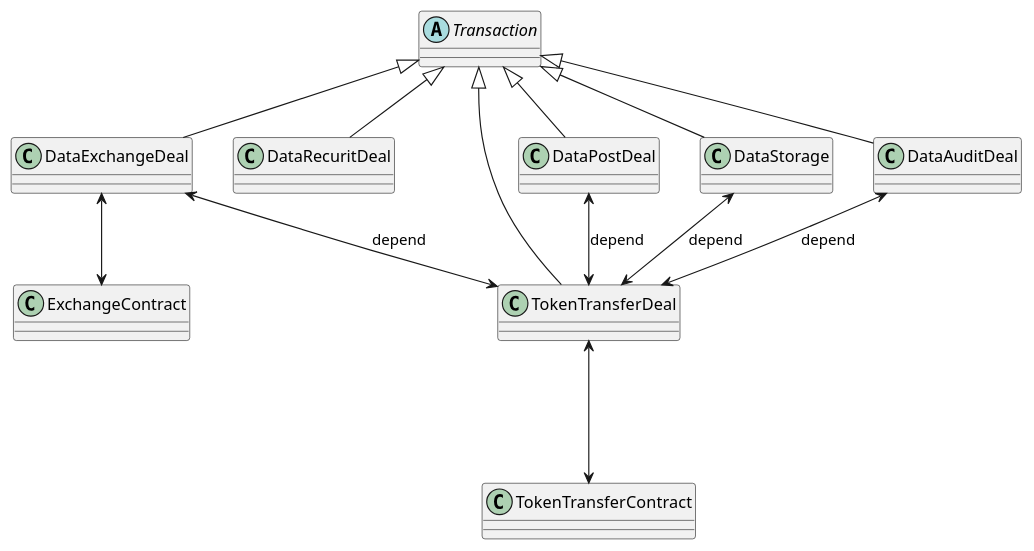
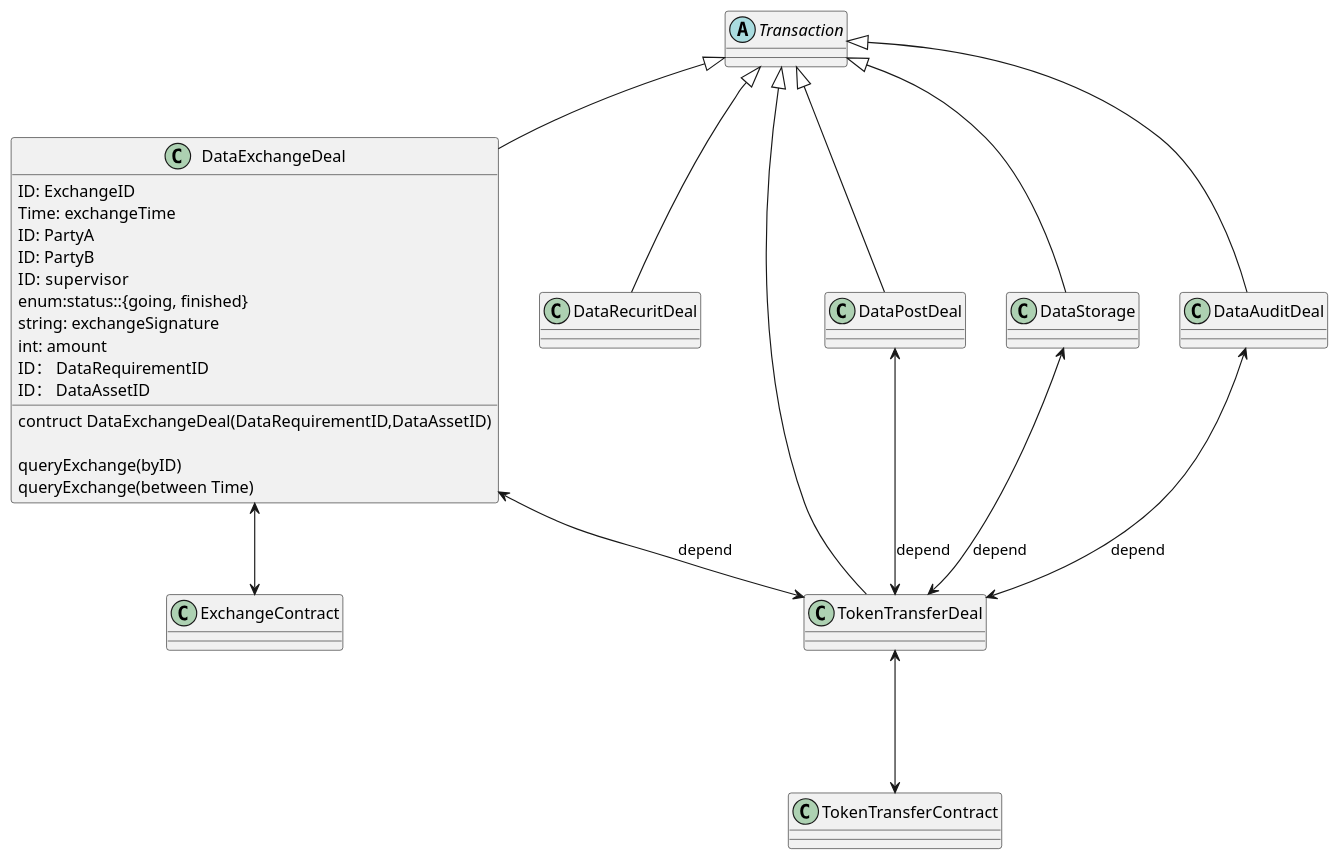
One commit to bottos-project/magiccube changed the diagram in design/Class-Transaction.puml. Above: the diagram before and after it, drawn with PlantUML. The commit also changed 2 other files, not shown here.

```diff
--- a/design/Class-Transaction.puml
+++ b/design/Class-Transaction.puml
@@ -1,32 +1,54 @@
 @startuml
 
 abstract class Transaction
 class DataAuditDeal
 class DataRecuritDeal
-class DataExchangeDeal
+class DataExchangeDeal{
+    ID: ExchangeID
+    Time: exchangeTime
+    ID: PartyA
+    ID: PartyB
+    ID:  supervisor
+    enum:status::{going, finished}
+    string: exchangeSignature
+    int: amount
+    ID： DataRequirementID
+    ID： DataAssetID
+
+    contruct DataExchangeDeal(DataRequirementID,DataAssetID)
+
+    queryExchange(byID)
+    queryExchange(between Time)
+
+
+
+
+
+
+}
 class TokenTransferDeal
 class DataPostDeal
 class DataStorage
 
 Transaction<|-- DataAuditDeal
 
 Transaction<|-- DataRecuritDeal
 
 Transaction<|-- TokenTransferDeal
 
 Transaction<|-- DataExchangeDeal
 
 Transaction<|-- DataPostDeal
 
 Transaction<|-- DataStorage
 
 
 DataExchangeDeal<-->TokenTransferDeal :depend
 DataPostDeal<-->TokenTransferDeal  :depend
 DataAuditDeal<-->TokenTransferDeal  :depend
 DataStorage<-->TokenTransferDeal  :depend
 
 DataExchangeDeal<-->ExchangeContract
 TokenTransferDeal<--->TokenTransferContract
 
 @enduml
```
